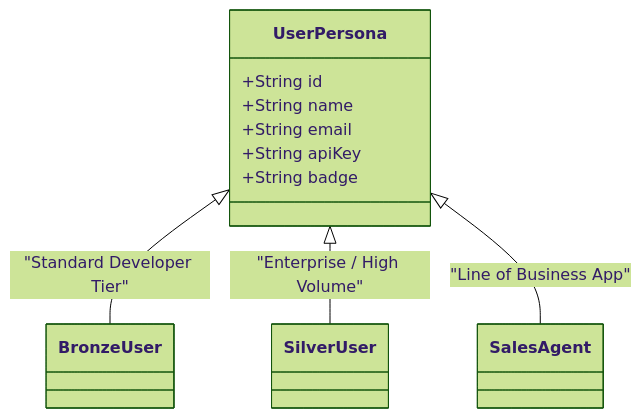
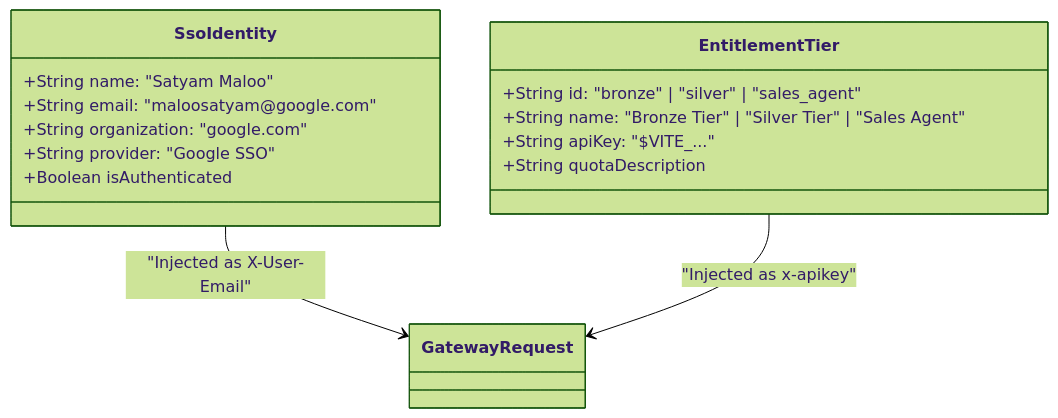
One commit to yem0428/apigee-ai-gateway-demo changed the second of 3 diagrams in docs/apigee_ai_gateway_demo_design.md. Above: the diagram before and after it, drawn with Mermaid (forest theme). The commit also changed other lines of this file and 8 other files, not shown here.

Commit message:
feat(ui): add mobile responsive tab layout, collapsible controls, and top-right SSO identity integration

````diff
--- a/docs/apigee_ai_gateway_demo_design.md
+++ b/docs/apigee_ai_gateway_demo_design.md
@@ -104,13 +106,20 @@
 ```mermaid
 classDiagram
-    class UserPersona {
-        +String id
-        +String name
-        +String email
-        +String apiKey
-        +String badge
+    class SsoIdentity {
+        +String name: "Satyam Maloo"
+        +String email: "maloosatyam@google.com"
+        +String organization: "google.com"
+        +String provider: "Google SSO"
+        +Boolean isAuthenticated
     }
-    UserPersona <|-- BronzeUser : "Standard Developer Tier"
-    UserPersona <|-- SilverUser : "Enterprise / High Volume"
-    UserPersona <|-- SalesAgent : "Line of Business App"
+
+    class EntitlementTier {
+        +String id: "bronze" | "silver" | "sales_agent"
+        +String name: "Bronze Tier" | "Silver Tier" | "Sales Agent"
+        +String apiKey: "$VITE_..."
+        +String quotaDescription
+    }
+
+    SsoIdentity --> GatewayRequest : "Injected as X-User-Email"
+    EntitlementTier --> GatewayRequest : "Injected as x-apikey"
 ```
````
